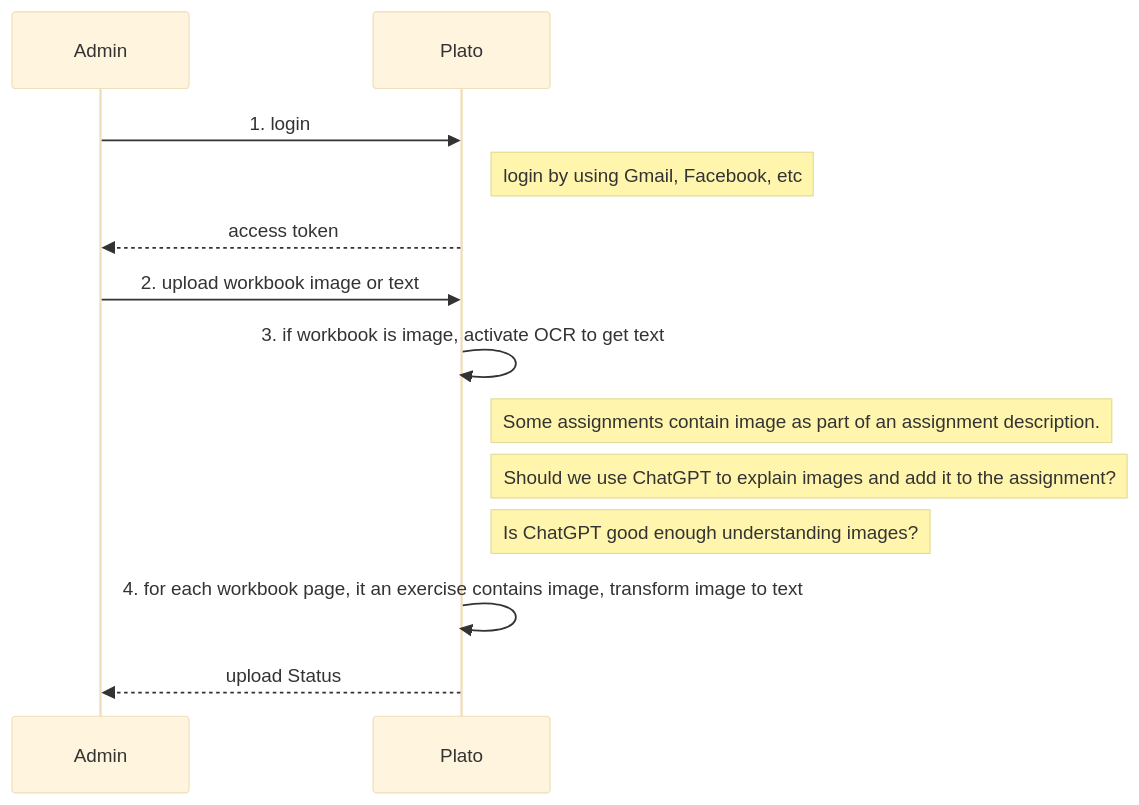
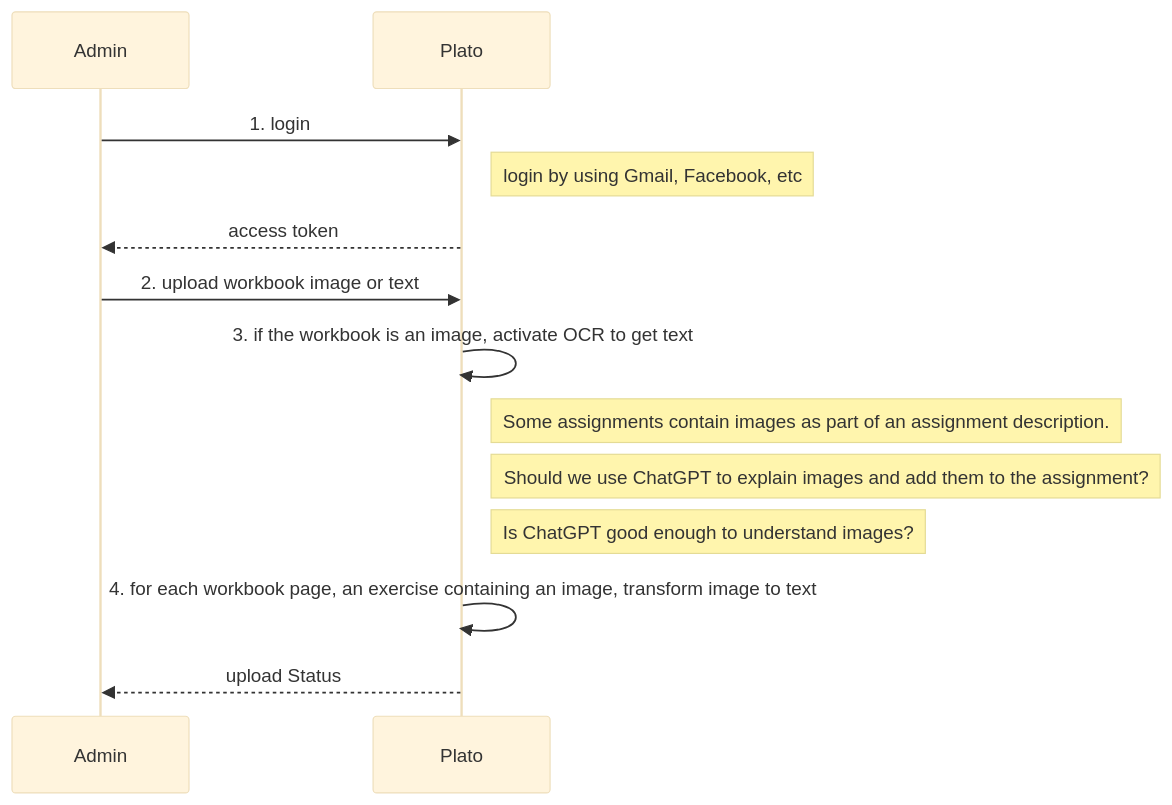
Before and after one commit to dimastatz/plato: the first of 2 diagrams in docs/design.md, drawn with Mermaid (base theme). The commit also changed other lines of this file, not shown here.

````diff
--- a/docs/design.md
+++ b/docs/design.md
@@ -44,16 +44,16 @@
 ```mermaid
 sequenceDiagram
 Admin->>Plato: 1. login
 Note right of Plato: login by using Gmail, Facebook, etc 
 Plato-->>Admin: access token
 
 Admin->>Plato: 2. upload workbook image or text
 
-Plato->>Plato: 3. if workbook is image, activate OCR to get text
-Note right of Plato: Some assignments contain image as part of an assignment description.
-Note right of Plato: Should we use ChatGPT to explain images and add it to the assignment?
-Note right of Plato: Is ChatGPT good enough understanding images?
+Plato->>Plato: 3. if the workbook is an image, activate OCR to get text
+Note right of Plato: Some assignments contain images as part of an assignment description.
+Note right of Plato: Should we use ChatGPT to explain images and add them to the assignment?
+Note right of Plato: Is ChatGPT good enough to understand images?
 
-Plato->>Plato: 4. for each workbook page, it an exercise contains image, transform image to text 
+Plato->>Plato: 4. for each workbook page, an exercise containing an image, transform image to text 
 Plato-->>Admin: upload Status
 ```
````
